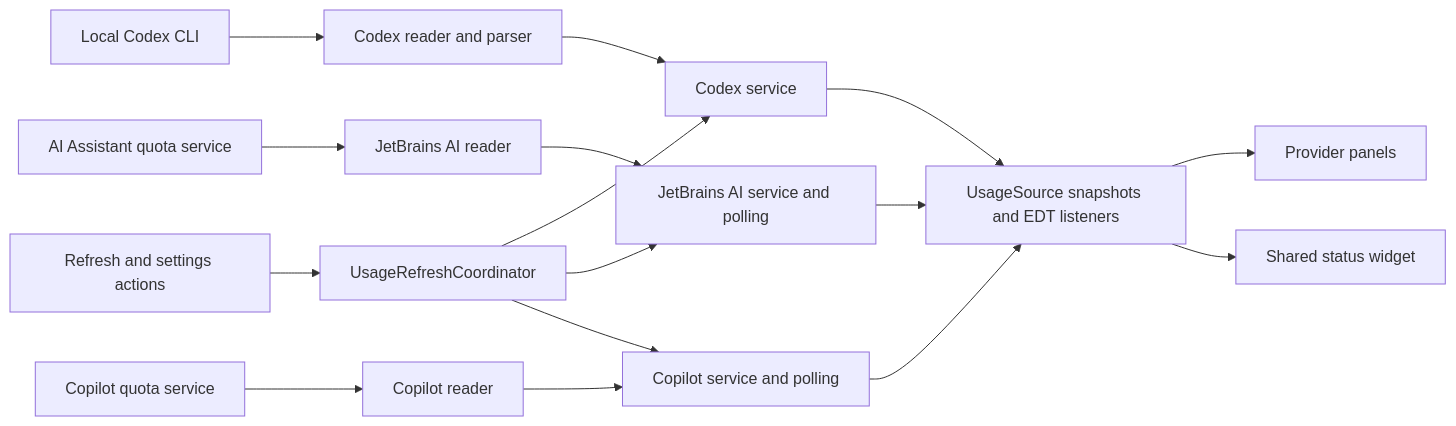
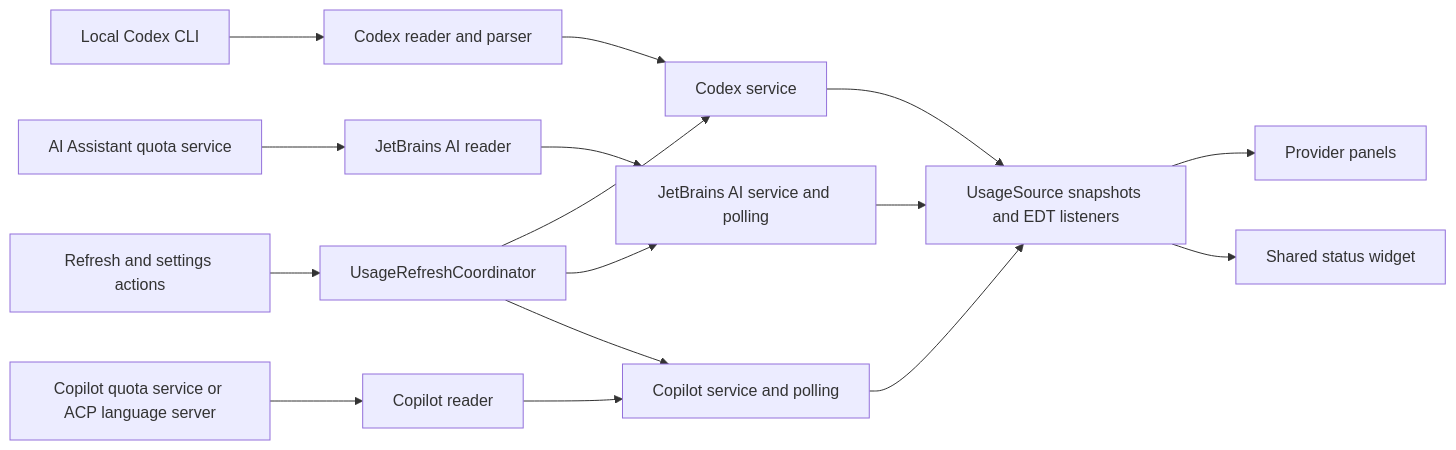
Before and after one commit to larsnoerber/Rider_Agents_Usage: the diagram in docs/ARCHITECTURE.md, drawn with Mermaid. The commit also changed other lines of this file and 58 other files, not shown here.

````diff
--- a/docs/ARCHITECTURE.md
+++ b/docs/ARCHITECTURE.md
@@ -115,18 +116,18 @@
 ```mermaid
 flowchart LR
     CLI[Local Codex CLI] --> CR[Codex reader and parser]
     AI[AI Assistant quota service] --> JR[JetBrains AI reader]
-    CP[Copilot quota service] --> GR[Copilot reader]
+    CP[Copilot quota service or ACP language server] --> GR[Copilot reader]
     CR --> CS[Codex service]
     JR --> JS[JetBrains AI service and polling]
     GR --> GS[Copilot service and polling]
     CS --> SRC[UsageSource snapshots and EDT listeners]
     JS --> SRC
     GS --> SRC
     SRC --> PAN[Provider panels]
     SRC --> BAR[Shared status widget]
     UI[Refresh and settings actions] --> CO[UsageRefreshCoordinator]
     CO --> CS
     CO --> JS
     CO --> GS
 ```
````
